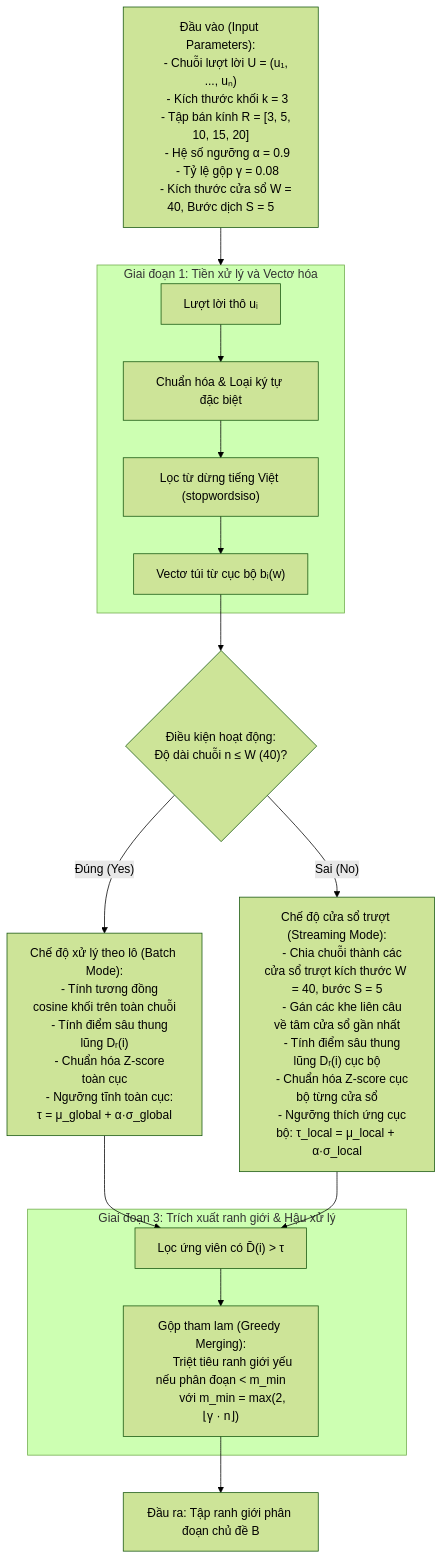
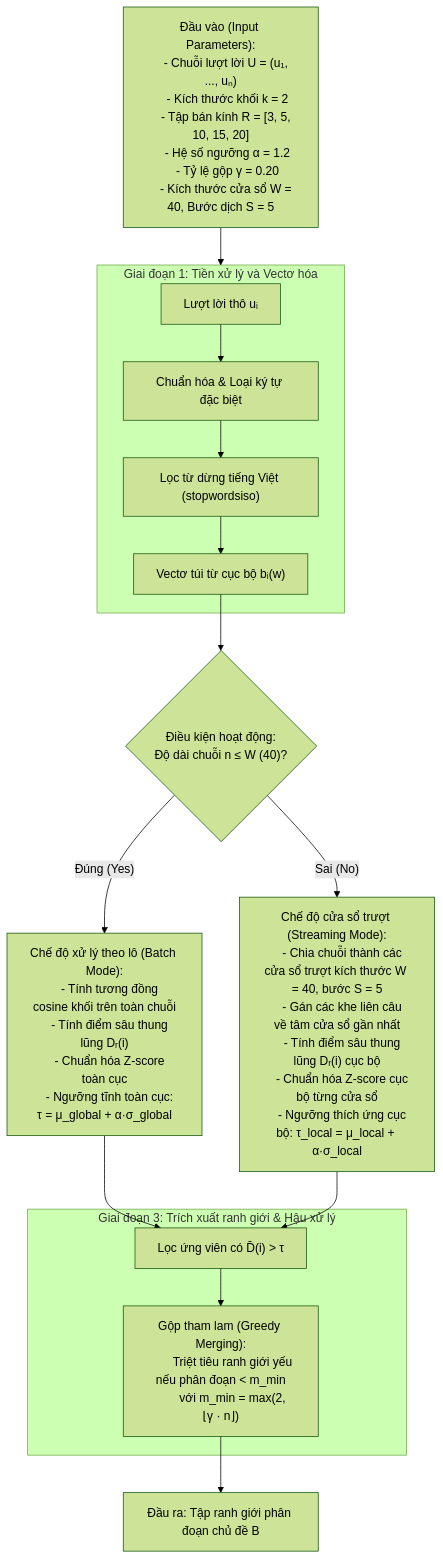
The second of 3 diagrams in report_compilation/Khoa_luan_Streaming_Meeting_Summary_hoan_chinh.md (quangkmhd/AIP491_G5_SU26_hierarchical-highlights-summarizer), drawn with Mermaid (forest theme) before and after one commit. The commit also changed other lines of this file and 12 other files, not shown here.

````diff
--- a/report_compilation/Khoa_luan_Streaming_Meeting_Summary_hoan_chinh.md
+++ b/report_compilation/Khoa_luan_Streaming_Meeting_Summary_hoan_chinh.md
@@ -171,50 +170,50 @@
 ```mermaid
 flowchart TD
     %% Input Node with exact details and limits
     Input["Đầu vào (Input Parameters):
     - Chuỗi lượt lời U = (u₁, ..., uₙ)
-    - Kích thước khối k = 3
+    - Kích thước khối k = 2
     - Tập bán kính R = [3, 5, 10, 15, 20]
-    - Hệ số ngưỡng α = 0.9
-    - Tỷ lệ gộp γ = 0.08
+    - Hệ số ngưỡng α = 1.2
+    - Tỷ lệ gộp γ = 0.20
     - Kích thước cửa sổ W = 40, Bước dịch S = 5"] --> Stage1
 
     %% Stage 1
     subgraph Stage1["Giai đoạn 1: Tiền xử lý và Vectơ hóa"]
         Raw["Lượt lời thô uᵢ"] --> Norm["Chuẩn hóa & Loại ký tự đặc biệt"]
         Norm --> Stopwords["Lọc từ dừng tiếng Việt (stopwordsiso)"]
         Stopwords --> BoW["Vectơ túi từ cục bộ bᵢ(w)"]
     end
 
     %% Operating Condition Branching
     BoW --> Condition{"Điều kiện hoạt động:
     Độ dài chuỗi n ≤ W (40)?"}
 
     %% Batch Mode Path
     Condition -->|"Đúng (Yes)"| Batch["Chế độ xử lý theo lô (Batch Mode):
     - Tính tương đồng cosine khối trên toàn chuỗi
     - Tính điểm sâu thung lũng Dᵣ(i)
     - Chuẩn hóa Z-score toàn cục
     - Ngưỡng tĩnh toàn cục: τ = μ_global + α·σ_global"]
 
     %% Streaming Mode Path
     Condition -->|"Sai (No)"| Streaming["Chế độ cửa sổ trượt (Streaming Mode):
     - Chia chuỗi thành các cửa sổ trượt kích thước W = 40, bước S = 5
     - Gán các khe liên câu về tâm cửa sổ gần nhất
     - Tính điểm sâu thung lũng Dᵣ(i) cục bộ
     - Chuẩn hóa Z-score cục bộ từng cửa sổ
     - Ngưỡng thích ứng cục bộ: τ_local = μ_local + α·σ_local"]
 
     %% Merge Paths
     Batch --> PostProcess
     Streaming --> PostProcess
 
     %% Stage 4: Post-processing & Output
     subgraph Stage4["Giai đoạn 3: Trích xuất ranh giới & Hậu xử lý"]
         PostProcess["Lọc ứng viên có D̄(i) > τ"] --> Greedy["Gộp tham lam (Greedy Merging):
         Triệt tiêu ranh giới yếu nếu phân đoạn < m_min
         với m_min = max(2, ⌊γ · n⌋)"]
     end
 
     Greedy --> Output["Đầu ra: Tập ranh giới phân đoạn chủ đề B"]
 ```
````
